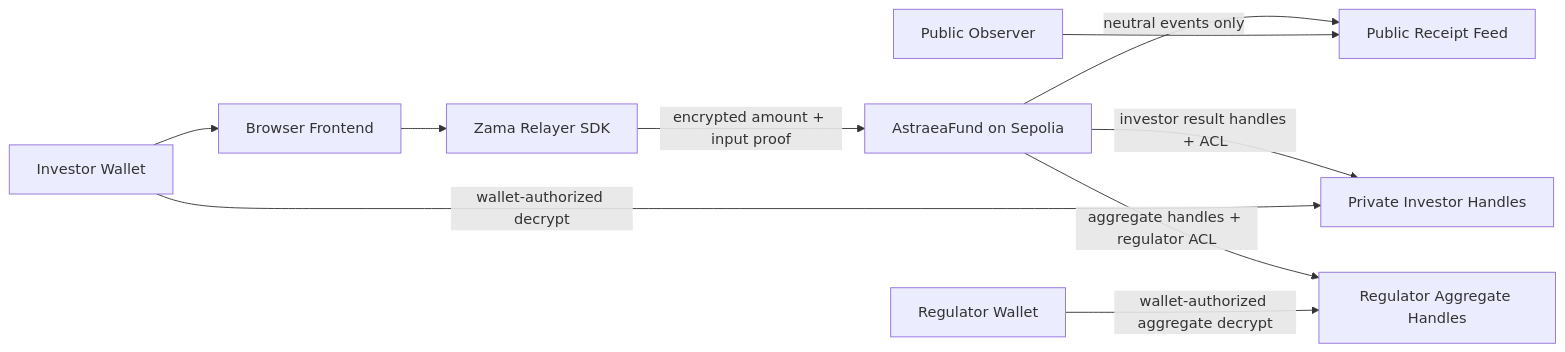
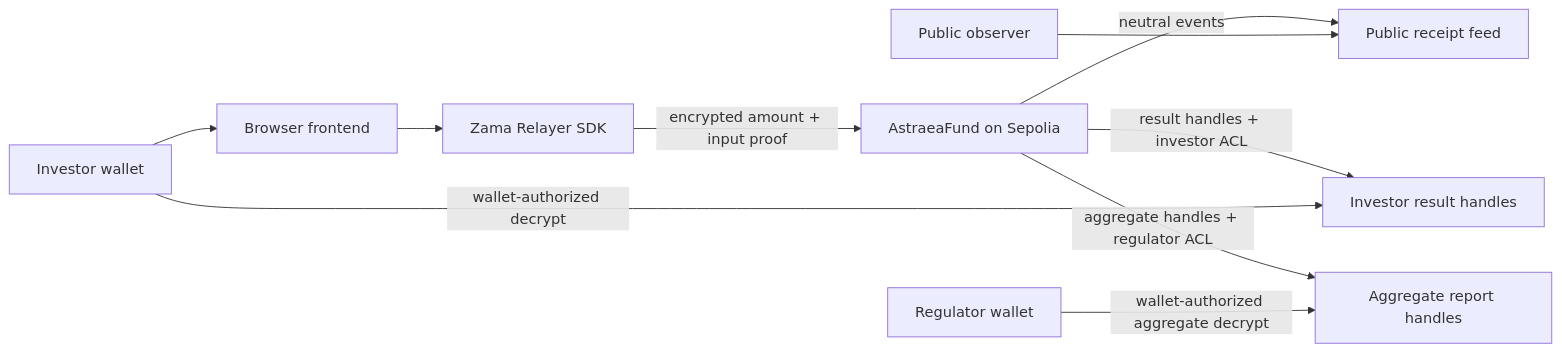
One commit to Vinaystwt/astraea-blind-regulator changed the diagram in README.md. Above: the diagram before and after it, drawn with Mermaid. The commit also changed other lines of this file and 22 other files, not shown here.

````diff
--- a/README.md
+++ b/README.md
@@ -80,12 +35,12 @@
 ```mermaid
 flowchart LR
-  InvestorWallet["Investor Wallet"] --> Frontend["Browser Frontend"]
-  Frontend --> Relayer["Zama Relayer SDK"]
-  Relayer -->|"encrypted amount + input proof"| Fund["AstraeaFund on Sepolia"]
-  Fund -->|"neutral events only"| Receipts["Public Receipt Feed"]
-  Fund -->|"investor result handles + ACL"| InvestorHandles["Private Investor Handles"]
-  Fund -->|"aggregate handles + regulator ACL"| AggregateHandles["Regulator Aggregate Handles"]
-  PublicObserver["Public Observer"] --> Receipts
-  InvestorWallet -->|"wallet-authorized decrypt"| InvestorHandles
-  RegulatorWallet["Regulator Wallet"] -->|"wallet-authorized aggregate decrypt"| AggregateHandles
+  Investor["Investor wallet"] --> UI["Browser frontend"]
+  UI --> SDK["Zama Relayer SDK"]
+  SDK -->|"encrypted amount + input proof"| Fund["AstraeaFund on Sepolia"]
+  Fund -->|"neutral events"| Feed["Public receipt feed"]
+  Fund -->|"result handles + investor ACL"| InvestorHandles["Investor result handles"]
+  Fund -->|"aggregate handles + regulator ACL"| RegulatorHandles["Aggregate report handles"]
+  Observer["Public observer"] --> Feed
+  Investor -->|"wallet-authorized decrypt"| InvestorHandles
+  Regulator["Regulator wallet"] -->|"wallet-authorized aggregate decrypt"| RegulatorHandles
 ```
````
